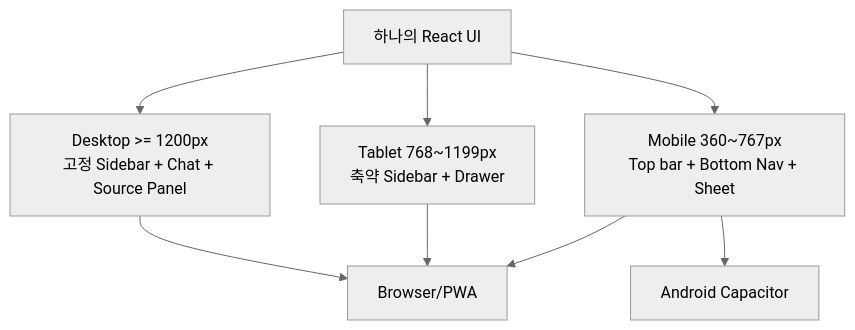
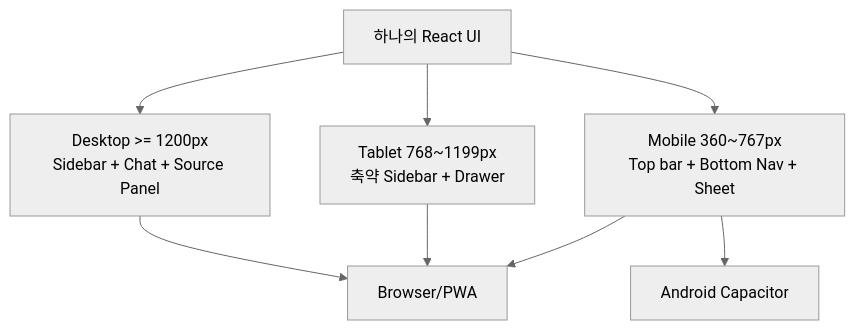
The diagram in rulmera-enterprise-knowledge/10-요구사항/03-UI-UX-요구사항.md (hori5000/Rulmera-OPA), drawn with Mermaid (neutral theme) before and after one commit. The commit also changed other lines of this file and 38 other files, not shown here.

````diff
--- a/rulmera-enterprise-knowledge/10-요구사항/03-UI-UX-요구사항.md
+++ b/rulmera-enterprise-knowledge/10-요구사항/03-UI-UX-요구사항.md
@@ -18,10 +67,10 @@
 ```mermaid
 flowchart TB
-  S[하나의 React UI] --> D[Desktop >= 1200px\n고정 Sidebar + Chat + Source Panel]
-  S --> T[Tablet 768~1199px\n축약 Sidebar + Drawer]
-  S --> M[Mobile 360~767px\nTop bar + Bottom Nav + Sheet]
+  S[하나의 React UI] --> D[Desktop >= 1200px<br/>Sidebar + Chat + Source Panel]
+  S --> T[Tablet 768~1199px<br/>축약 Sidebar + Drawer]
+  S --> M[Mobile 360~767px<br/>Top bar + Bottom Nav + Sheet]
   D --> WEB[Browser/PWA]
   T --> WEB
   M --> AND[Android Capacitor]
   M --> WEB
 ```
````
